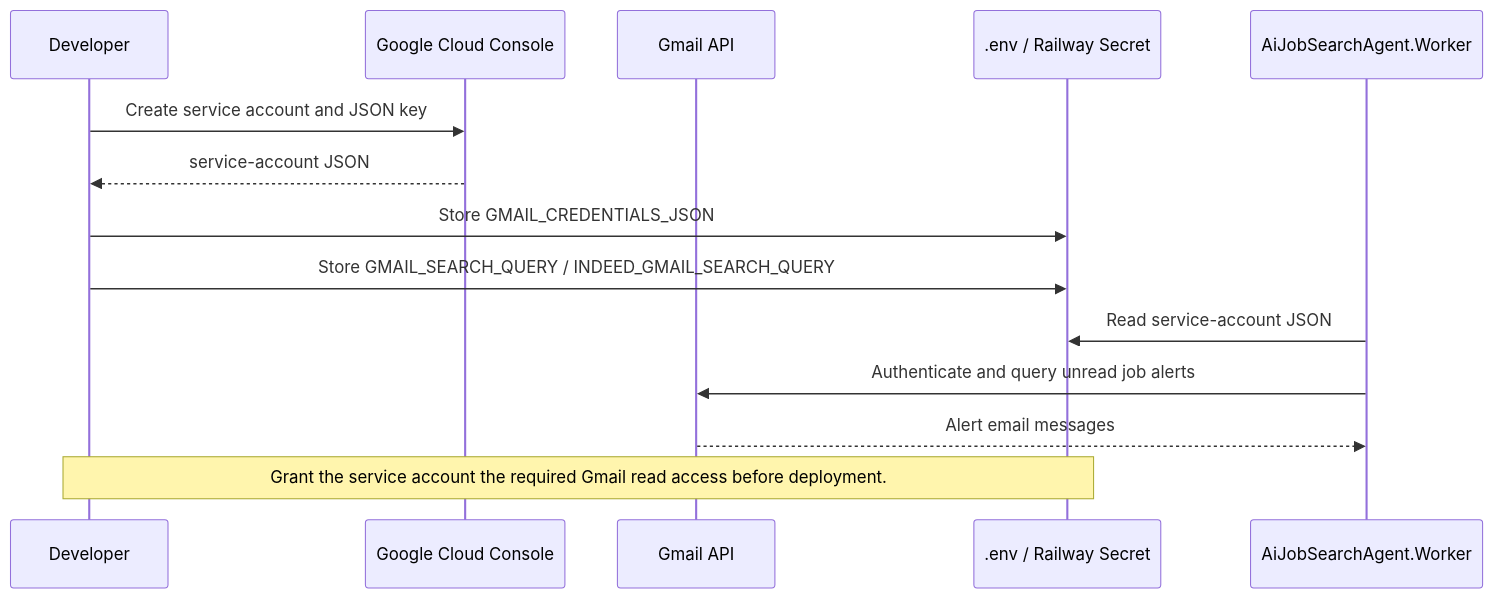
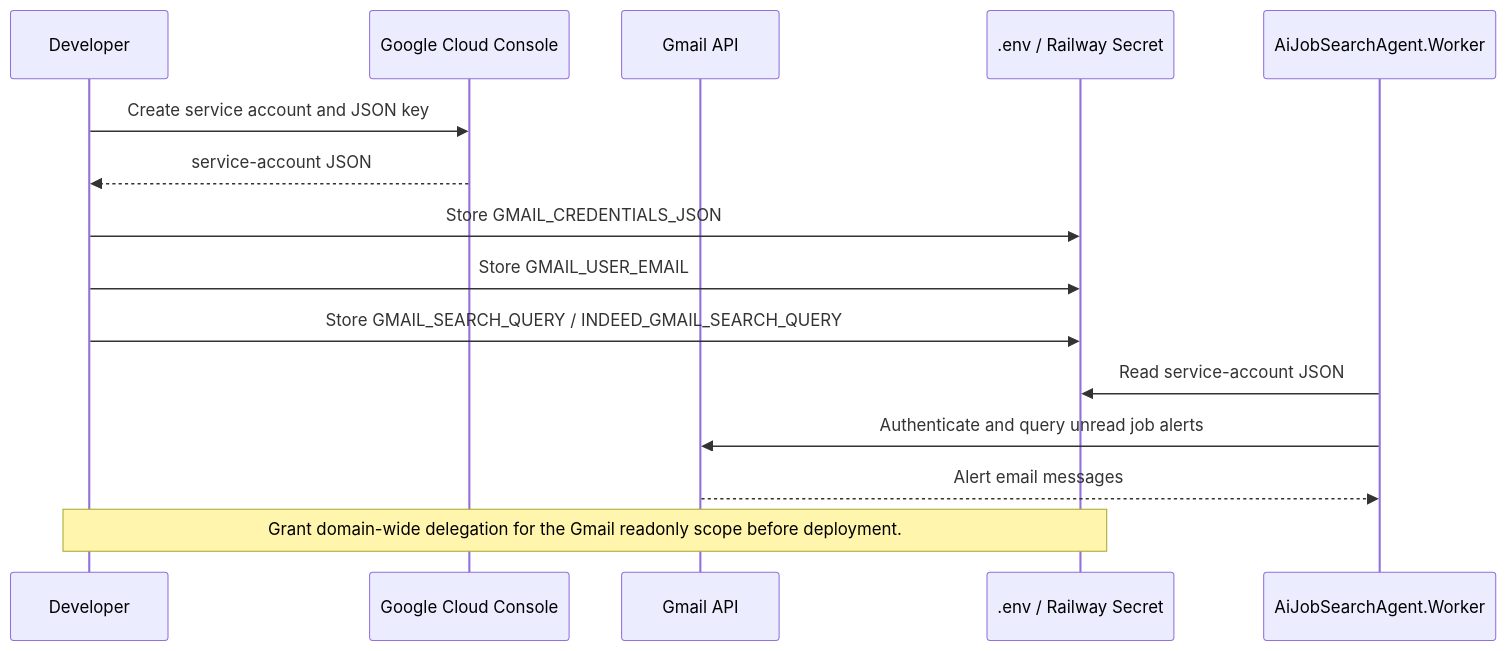
Before and after one commit to ekanatha-urivakili/AiJobSearchAgent: the sixth of 11 diagrams in docs/gmail-slack-integration.md, drawn with Mermaid. The commit also changed other lines of this file and 19 other files, not shown here.

````diff
--- a/docs/gmail-slack-integration.md
+++ b/docs/gmail-slack-integration.md
@@ -331,19 +332,20 @@
 ```mermaid
 sequenceDiagram
     participant Dev as Developer
     participant GConsole as Google Cloud Console
     participant Gmail as Gmail API
     participant EnvStore as .env / Railway Secret
     participant Worker as AiJobSearchAgent.Worker
 
     Dev->>GConsole: Create service account and JSON key
     GConsole-->>Dev: service-account JSON
     Dev->>EnvStore: Store GMAIL_CREDENTIALS_JSON
+    Dev->>EnvStore: Store GMAIL_USER_EMAIL
     Dev->>EnvStore: Store GMAIL_SEARCH_QUERY / INDEED_GMAIL_SEARCH_QUERY
 
     Worker->>EnvStore: Read service-account JSON
     Worker->>Gmail: Authenticate and query unread job alerts
     Gmail-->>Worker: Alert email messages
 
-    Note over Dev,EnvStore: Grant the service account the required Gmail read access before deployment.
+    Note over Dev,EnvStore: Grant domain-wide delegation for the Gmail readonly scope before deployment.
 ```
````
